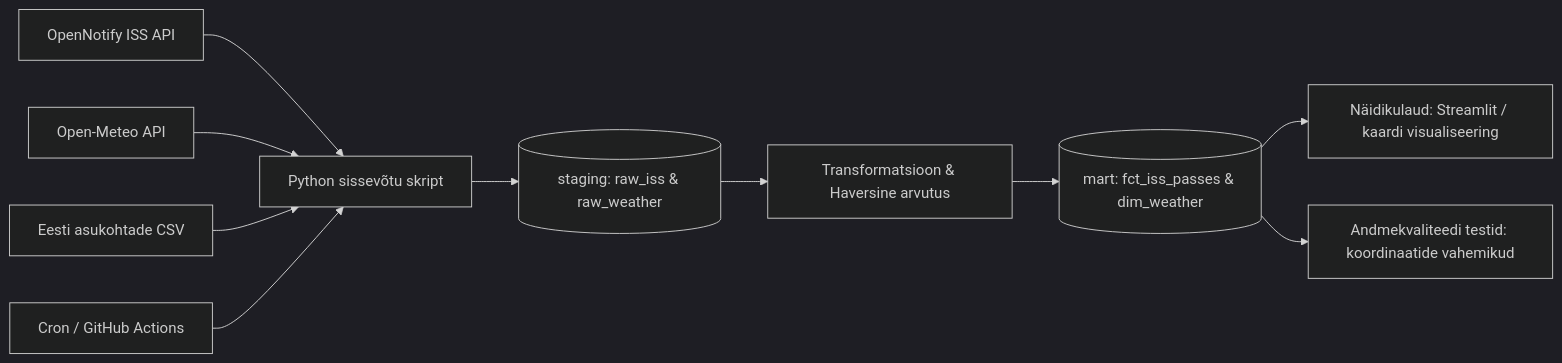
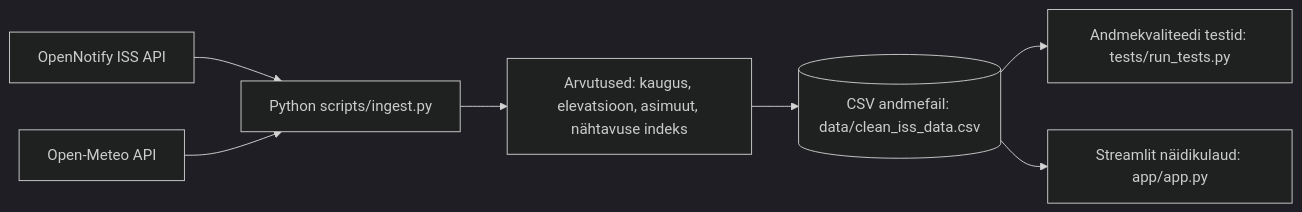
Before and after one commit to nataljapilipenkovik-crypto/ISS_Projekt: the diagram in docs/arhitektuur.md, drawn with Mermaid (dark theme). The commit also changed other lines of this file and 3 other files, not shown here.

````diff
--- a/docs/arhitektuur.md
+++ b/docs/arhitektuur.md
@@ -23,15 +23,12 @@
 ```mermaid
 flowchart LR
-    api_iss[OpenNotify ISS API] --> ingest[Python sissevõtu skript]
+    api_iss[OpenNotify ISS API] --> ingest[Python scripts/ingest.py]
     api_weather[Open-Meteo API] --> ingest
-    geo_csv[Eesti asukohtade CSV] --> ingest
-    
-    ingest --> staging[(staging: raw_iss & raw_weather)]
-    staging --> transform[Transformatsioon & Haversine arvutus]
-    transform --> mart[(mart: fct_iss_passes & dim_weather)]
-    
-    mart --> dashboard[Näidikulaud: Streamlit / kaardi visualiseering]
-    mart --> quality[Andmekvaliteedi testid: koordinaatide vahemikud]
-    scheduler[Cron / GitHub Actions] --> ingest
+
+    ingest --> transform[Arvutused: kaugus, elevatsioon, asimuut, nähtavuse indeks]
+    transform --> csv[(CSV andmefail: data/clean_iss_data.csv)]
+
+    csv --> tests[Andmekvaliteedi testid: tests/run_tests.py]
+    csv --> dashboard[Streamlit näidikulaud: app/app.py]
 
 ```
````
